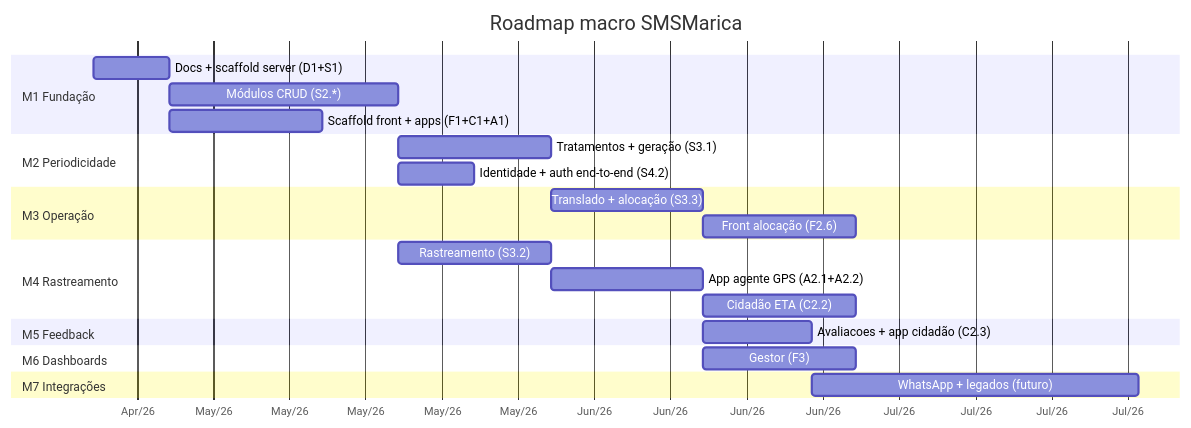
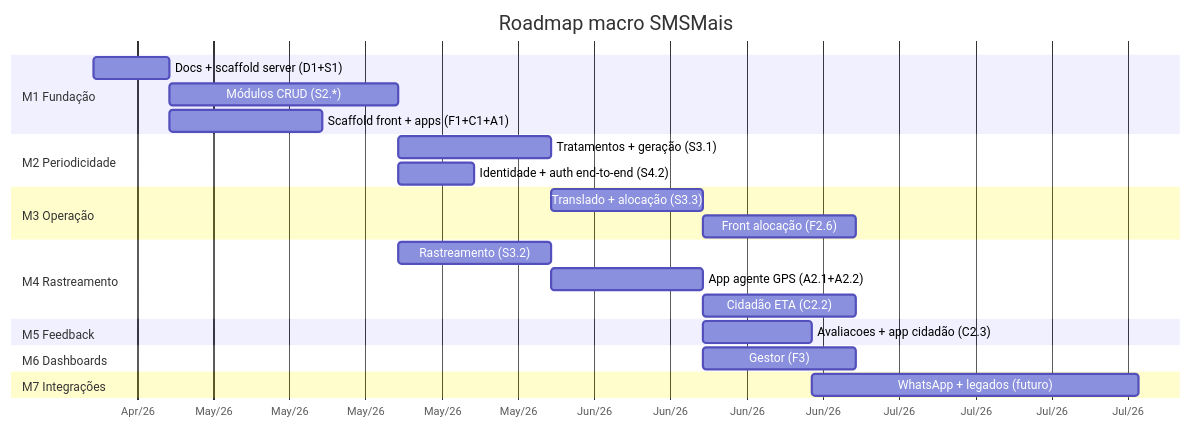
One commit to AutomaisIO/SMSMarica changed the diagram in docs/roadmap.md. Above: the diagram before and after it, drawn with Mermaid. The commit also changed 18 other files, not shown here.

````diff
--- a/docs/roadmap.md
+++ b/docs/roadmap.md
@@ -9,33 +9,33 @@
 ```mermaid
 gantt
-    title Roadmap macro SMSMarica
+    title Roadmap macro SMSMais
     dateFormat  YYYY-MM-DD
     axisFormat  %b/%y
 
     section M1 Fundação
     Docs + scaffold server (D1+S1)        :m1a, 2026-04-22, 7d
     Módulos CRUD (S2.*)                   :m1b, after m1a, 21d
     Scaffold front + apps (F1+C1+A1)      :m1c, after m1a, 14d
 
     section M2 Periodicidade
     Tratamentos + geração (S3.1)          :m2a, after m1b, 14d
     Identidade + auth end-to-end (S4.2)   :m2b, after m1b, 7d
 
     section M3 Operação
     Translado + alocação (S3.3)           :m3a, after m2a, 14d
     Front alocação (F2.6)                 :m3b, after m3a, 14d
 
     section M4 Rastreamento
     Rastreamento (S3.2)                   :m4a, after m1b, 14d
     App agente GPS (A2.1+A2.2)            :m4b, after m4a, 14d
     Cidadão ETA (C2.2)                    :m4c, after m3a, 14d
 
     section M5 Feedback
     Avaliacoes + app cidadão (C2.3)       :m5, after m3a, 10d
 
     section M6 Dashboards
     Gestor (F3)                           :m6, after m3a, 14d
 
     section M7 Integrações
     WhatsApp + legados (futuro)           :m7, after m5, 30d
 ```
````
